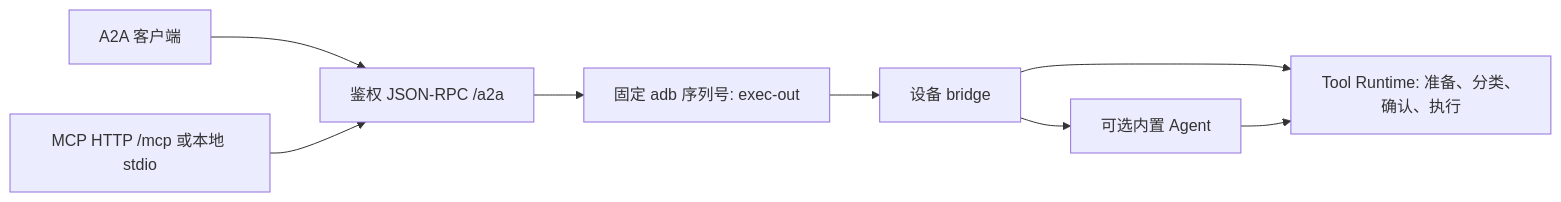
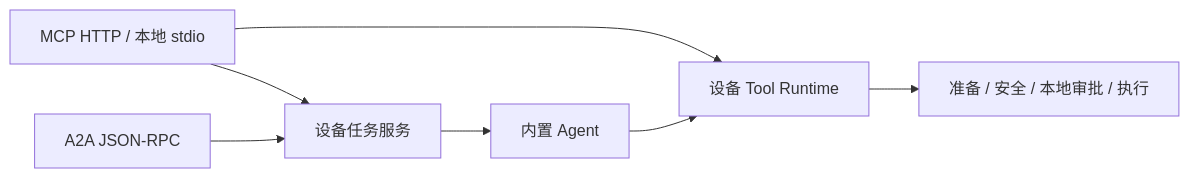
One commit to nl2sh/nl2sh changed the diagram in docs/zh/reference/a2a-mcp.md. Above: the diagram before and after it, drawn with Mermaid. The commit also changed other lines of this file and 106 other files, not shown here.

````diff
--- a/docs/zh/reference/a2a-mcp.md
+++ b/docs/zh/reference/a2a-mcp.md
@@ -7,10 +5,9 @@
 ```mermaid
 flowchart LR
-    A[A2A 客户端] --> R[鉴权 JSON-RPC /a2a]
-    M[MCP HTTP /mcp 或本地 stdio] --> R
-    R --> D[固定 adb 序列号: exec-out]
-    D --> B[设备 bridge]
-    B --> T[Tool Runtime: 准备、分类、确认、执行]
-    B --> G[可选内置 Agent]
+    M[MCP HTTP / 本地 stdio] --> T[设备 Tool Runtime]
+    M --> Q[设备任务服务]
+    A[A2A JSON-RPC] --> Q
+    Q --> G[内置 Agent]
     G --> T
+    T --> S[准备 / 安全 / 本地审批 / 执行]
 ```
````
